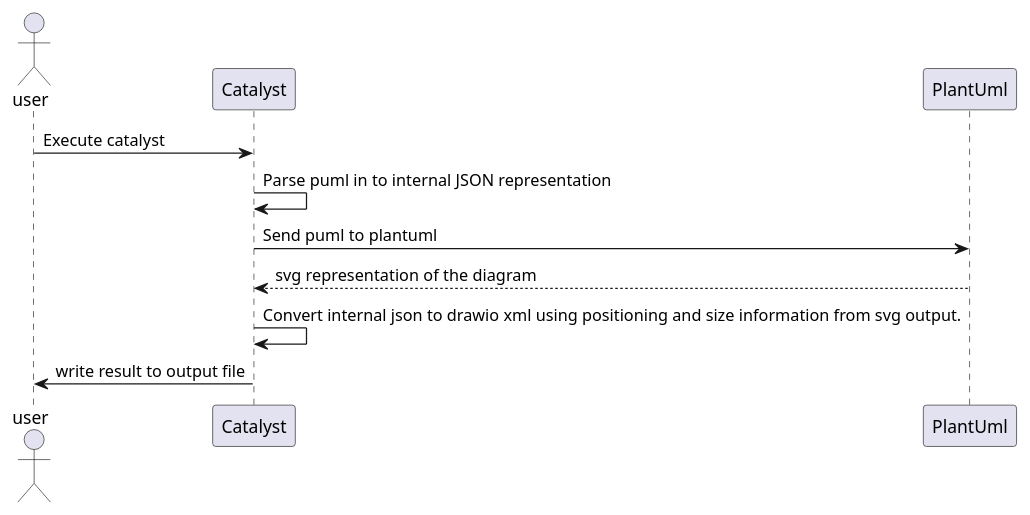
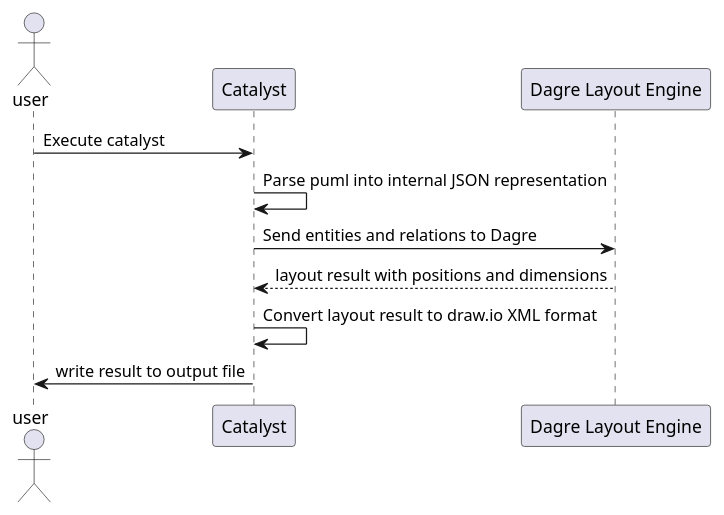
Before and after one commit to localgod/catalyst: the diagram in slides/pages/08-transformation.md, drawn with PlantUML. The commit also changed 20 other files, not shown here.

Commit message:
Removed plantuml executable dependencies

````diff
--- a/slides/pages/08-transformation.md
+++ b/slides/pages/08-transformation.md
@@ -3,14 +3,14 @@
 ```plantuml {scale: 0.7}
 @startuml
 Actor user as USER
 participant     Catalyst     as CA
-participant     PlantUml     as PL
+participant     "Dagre Layout Engine"     as DL
 USER -> CA: Execute catalyst
-CA -> CA: Parse puml in to internal JSON representation
-CA -> PL: Send puml to plantuml
-return svg representation of the diagram
-CA -> CA: Convert internal json to drawio xml using positioning and size information from svg output. 
+CA -> CA: Parse puml into internal JSON representation
+CA -> DL: Send entities and relations to Dagre
+return layout result with positions and dimensions
+CA -> CA: Convert layout result to draw.io XML format
 CA -> USER: write result to output file
 @enduml
 
 ```
````
